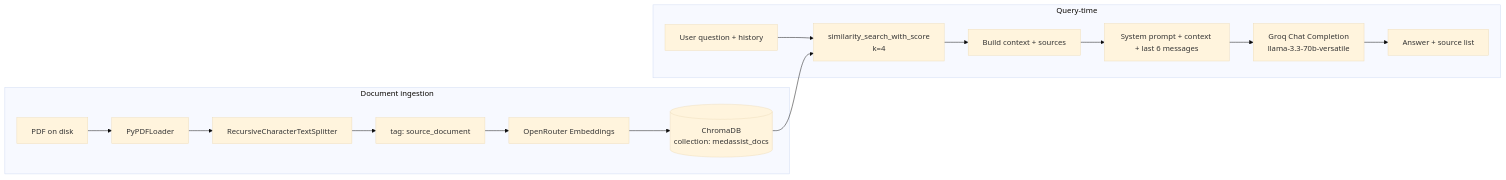
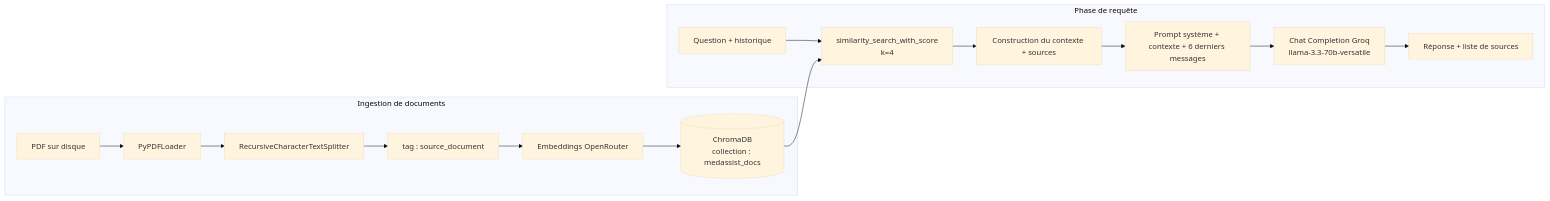
The first of 2 diagrams in docs/rag.md (t4lhawi/MedAssist-AI), drawn with Mermaid (base theme) before and after one commit. The commit also changed other lines of this file and 9 other files, not shown here.

````diff
--- a/docs/rag.md
+++ b/docs/rag.md
@@ -11,19 +11,19 @@
 ```mermaid
 flowchart LR
-  subgraph Ingestion[Document ingestion]
-    PDF[PDF on disk] --> PyPDF[PyPDFLoader]
+  subgraph Ingestion["Ingestion de documents"]
+    PDF[PDF sur disque] --> PyPDF[PyPDFLoader]
     PyPDF --> Split[RecursiveCharacterTextSplitter]
-    Split --> Meta[tag: source_document]
-    Meta --> OpenRouter[OpenRouter Embeddings]
-    OpenRouter --> Chroma[(ChromaDB<br/>collection: medassist_docs)]
+    Split --> Meta[tag : source_document]
+    Meta --> OpenRouter[Embeddings OpenRouter]
+    OpenRouter --> Chroma[(ChromaDB<br/>collection : medassist_docs)]
   end
 
-  subgraph Query[Query-time]
-    Q[User question + history] --> Search[similarity_search_with_score<br/>k=4]
+  subgraph Query["Phase de requête"]
+    Q[Question + historique] --> Search[similarity_search_with_score<br/>k=4]
     Chroma --> Search
-    Search --> Context[Build context + sources]
-    Context --> Prompt[System prompt + context + last 6 messages]
-    Prompt --> Groq[Groq Chat Completion<br/>llama-3.3-70b-versatile]
-    Groq --> Reply[Answer + source list]
+    Search --> Context[Construction du contexte + sources]
+    Context --> Prompt[Prompt système + contexte + 6 derniers messages]
+    Prompt --> Groq[Chat Completion Groq<br/>llama-3.3-70b-versatile]
+    Groq --> Reply[Réponse + liste de sources]
   end
 ```
````
